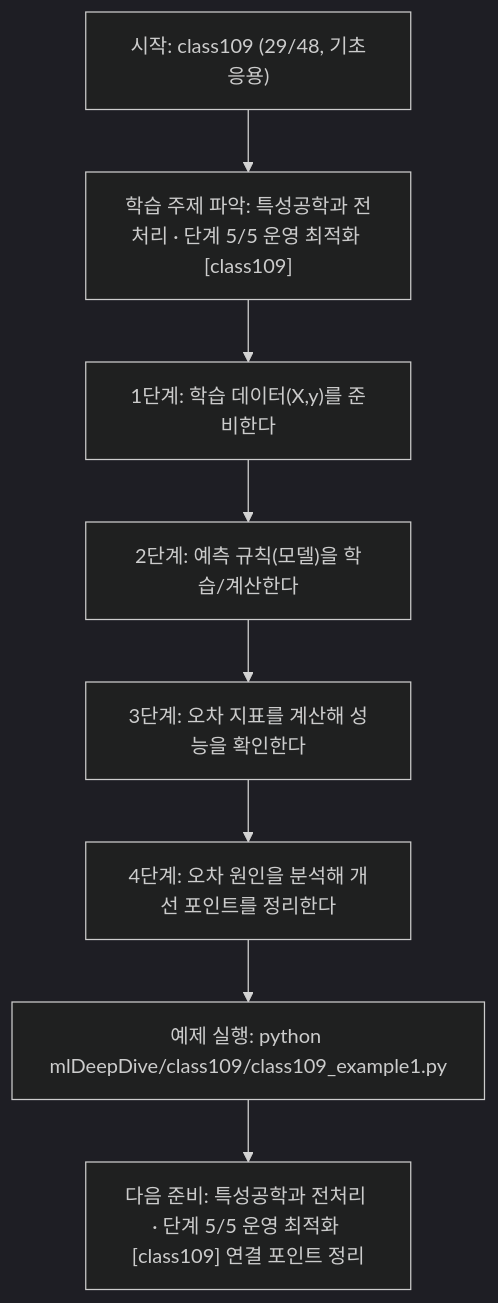
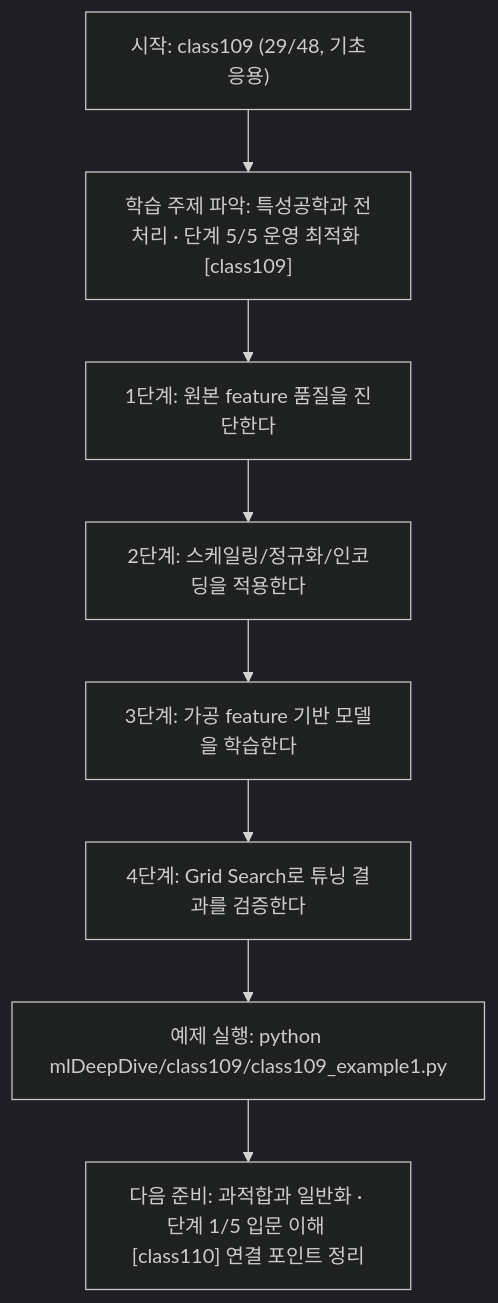
One commit to edumgt/Python-AI_Agent-Class changed the diagram in mlDeepDive/class109/class109.md. Above: the diagram before and after it, drawn with Mermaid (dark theme). The commit also changed other lines of this file and 338 other files, not shown here.

````diff
--- a/mlDeepDive/class109/class109.md
+++ b/mlDeepDive/class109/class109.md
@@ -109,18 +91,18 @@
 ```mermaid
 flowchart TD
 N1["시작: class109 (29/48, 기초응용)"]
 N2["학습 주제 파악: 특성공학과 전처리 · 단계 5/5 운영 최적화 [class109]"]
-N3["1단계: 학습 데이터(X,y)를 준비한다"]
-N4["2단계: 예측 규칙(모델)을 학습/계산한다"]
-N5["3단계: 오차 지표를 계산해 성능을 확인한다"]
-N6["4단계: 오차 원인을 분석해 개선 포인트를 정리한다"]
+N3["1단계: 원본 feature 품질을 진단한다"]
+N4["2단계: 스케일링/정규화/인코딩을 적용한다"]
+N5["3단계: 가공 feature 기반 모델을 학습한다"]
+N6["4단계: Grid Search로 튜닝 결과를 검증한다"]
 N7["예제 실행: python mlDeepDive/class109/class109_example1.py"]
-N8["다음 준비: 특성공학과 전처리 · 단계 5/5 운영 최적화 [class109] 연결 포인트 정리"]
+N8["다음 준비: 과적합과 일반화 · 단계 1/5 입문 이해 [class110] 연결 포인트 정리"]
 N1 --> N2
 N2 --> N3
 N3 --> N4
 N4 --> N5
 N5 --> N6
 N6 --> N7
 N7 --> N8
 ```
````
